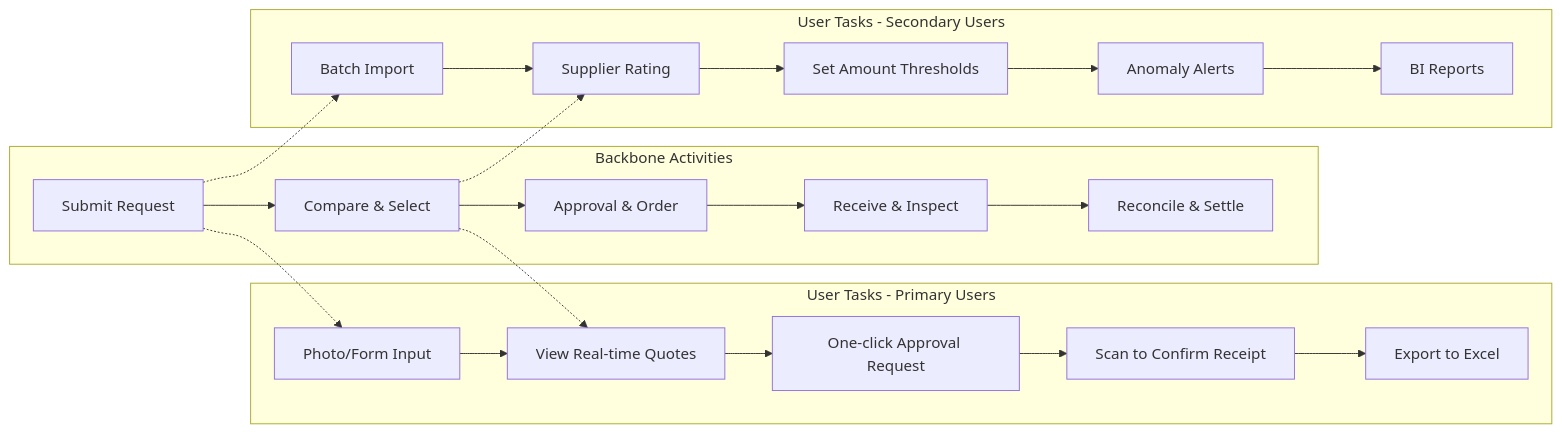
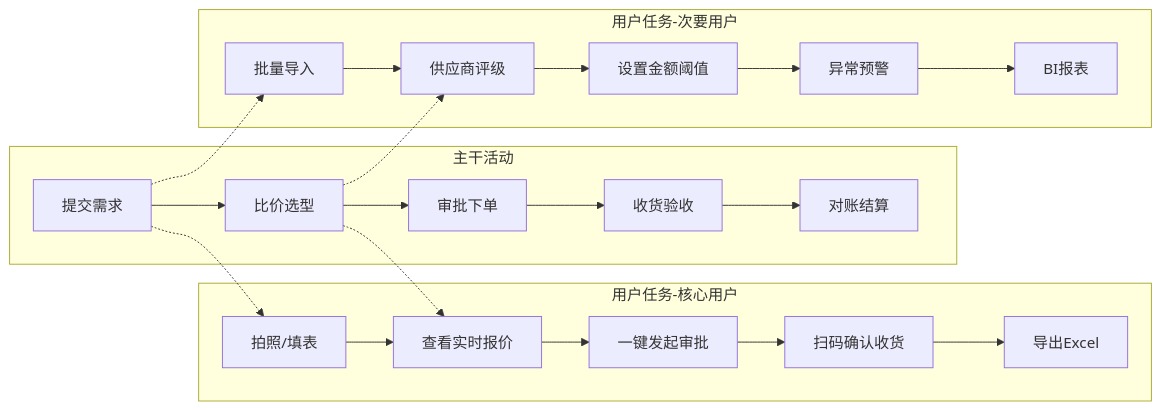
One commit to Kirky-X/cangjie changed the sixth of 18 diagrams in templates/Product/Strategy/Template-MRD.md. Above: the diagram before and after it, drawn with Mermaid. The commit also changed other lines of this file and 33 other files, not shown here.

````diff
--- a/templates/Product/Strategy/Template-MRD.md
+++ b/templates/Product/Strategy/Template-MRD.md
@@ -224,19 +224,19 @@
 ```mermaid
 graph LR
-    subgraph Backbone Activities
-        A1[Submit Request] --> A2[Compare & Select] --> A3[Approval & Order] --> A4[Receive & Inspect] --> A5[Reconcile & Settle]
+    subgraph 主干活动
+        A1[提交需求] --> A2[比价选型] --> A3[审批下单] --> A4[收货验收] --> A5[对账结算]
     end
 
-    subgraph User Tasks - Primary Users
-        B1[Photo/Form Input] --> B2[View Real-time Quotes] --> B3[One-click Approval Request] --> B4[Scan to Confirm Receipt] --> B5[Export to Excel]
+    subgraph 用户任务-核心用户
+        B1[拍照/填表] --> B2[查看实时报价] --> B3[一键发起审批] --> B4[扫码确认收货] --> B5[导出Excel]
     end
 
-    subgraph User Tasks - Secondary Users
-        C1[Batch Import] --> C2[Supplier Rating] --> C3[Set Amount Thresholds] --> C4[Anomaly Alerts] --> C5[BI Reports]
+    subgraph 用户任务-次要用户
+        C1[批量导入] --> C2[供应商评级] --> C3[设置金额阈值] --> C4[异常预警] --> C5[BI报表]
     end
 
     A1 -.-> B1
     A1 -.-> C1
     A2 -.-> B2
     A2 -.-> C2
 ```
````
